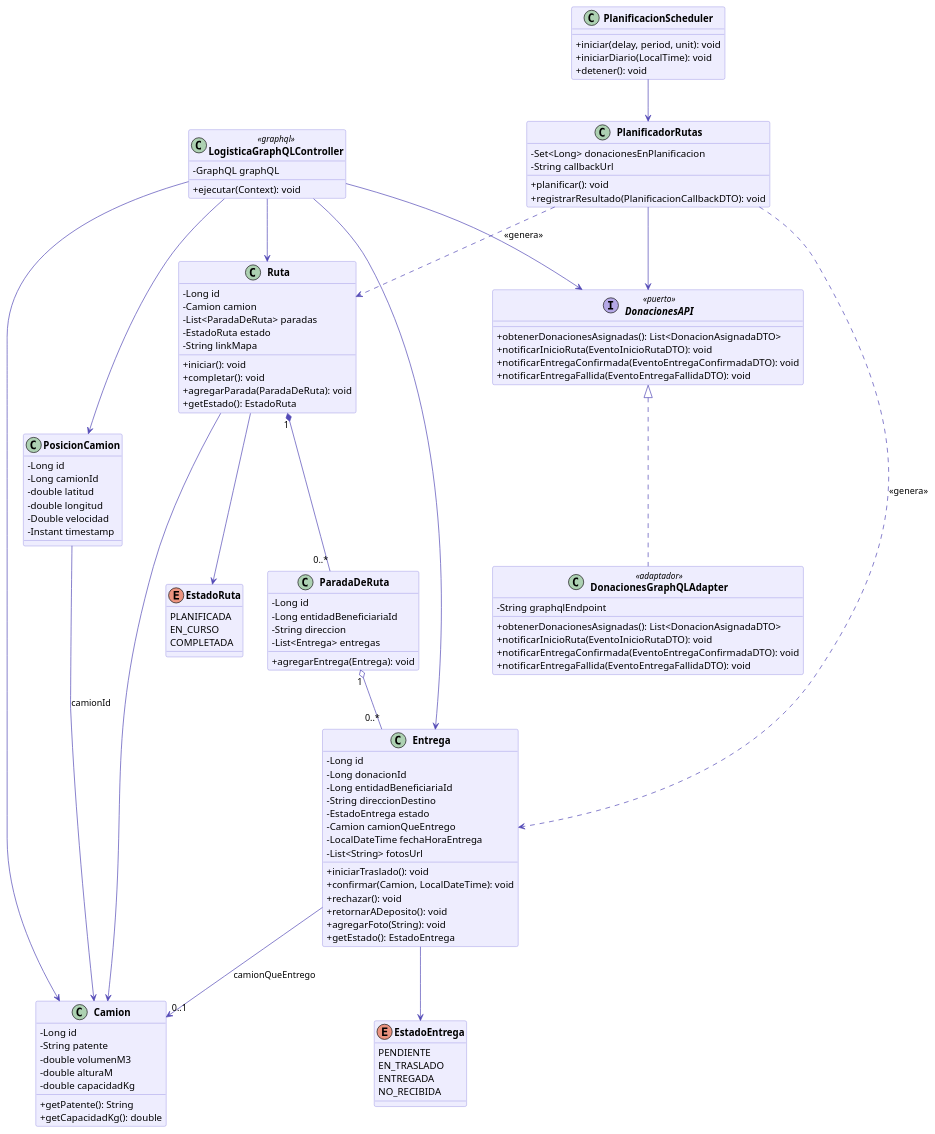
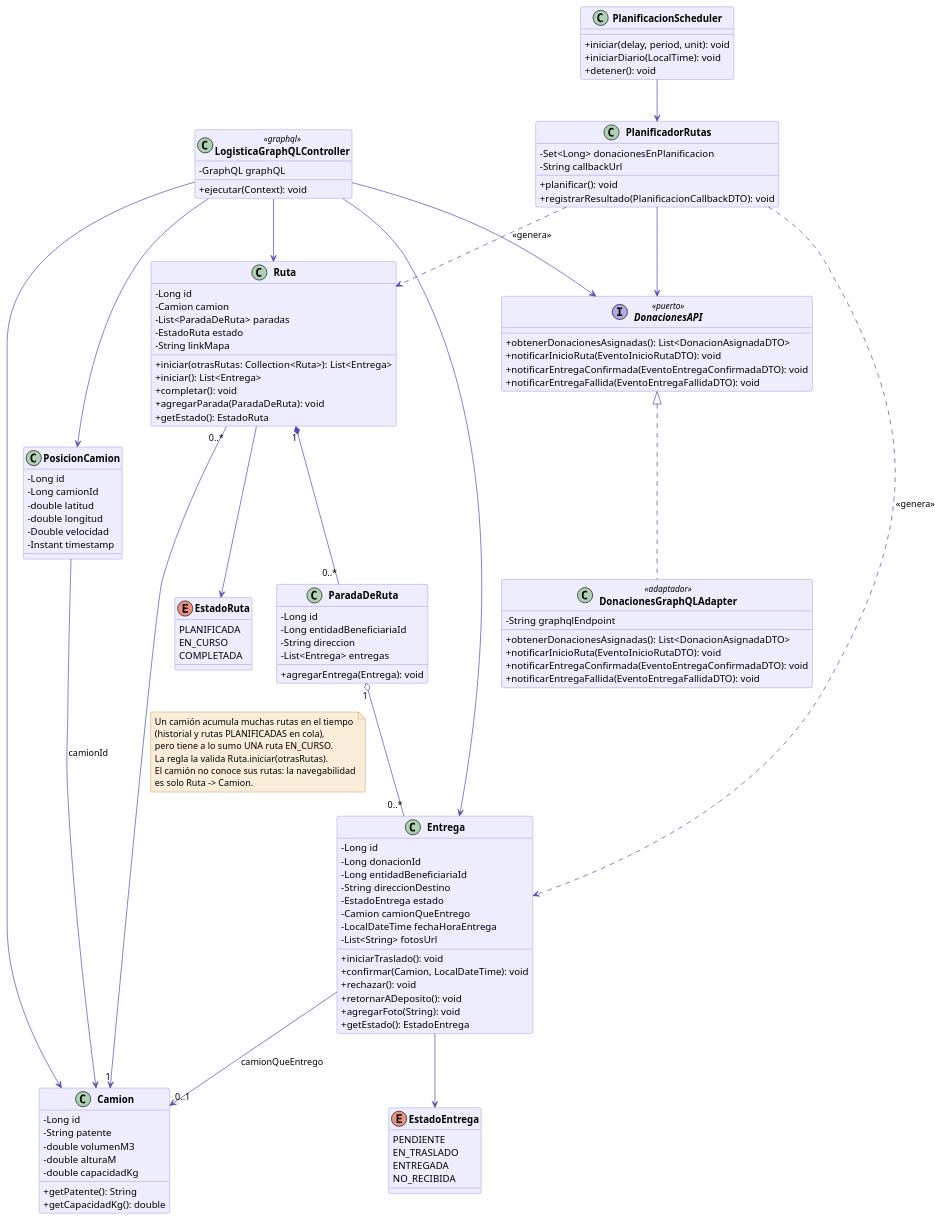
Before and after one commit to ConstanzaSerra/tpa-entrega-1: the diagram in docs/diagrama-clases-logistica.puml, drawn with PlantUML. The commit also changed 33 other files, not shown here.

```diff
--- a/docs/diagrama-clases-logistica.puml
+++ b/docs/diagrama-clases-logistica.puml
@@ -1,158 +1,167 @@
 @startuml DonaTrack - Diagrama de Clases - Logistica (Entrega 4)
 
 skinparam classAttributeIconSize 0
 skinparam classFontStyle bold
 skinparam classBackgroundColor #EEEDFE
 skinparam classBorderColor #7F77DD
 skinparam classArrowColor #534AB7
 skinparam stereotypeCBackgroundColor #E1F5EE
 skinparam stereotypeABackgroundColor #FAEEDA
 skinparam noteBackgroundColor #FAEEDA
 skinparam noteBorderColor #BA7517
 
 ' ─────────────────────────────────────────
 '  CAMIONES
 ' ─────────────────────────────────────────
 
 class Camion {
   - Long id
   - String patente
   - double volumenM3
   - double alturaM
   - double capacidadKg
   + getPatente(): String
   + getCapacidadKg(): double
 }
 
 class PosicionCamion {
   - Long id
   - Long camionId
   - double latitud
   - double longitud
   - Double velocidad
   - Instant timestamp
 }
 
 ' ─────────────────────────────────────────
 '  RUTAS
 ' ─────────────────────────────────────────
 
 class Ruta {
   - Long id
   - Camion camion
   - List<ParadaDeRuta> paradas
   - EstadoRuta estado
   - String linkMapa
-  + iniciar(): void
+  + iniciar(otrasRutas: Collection<Ruta>): List<Entrega>
+  + iniciar(): List<Entrega>
   + completar(): void
   + agregarParada(ParadaDeRuta): void
   + getEstado(): EstadoRuta
 }
 
 enum EstadoRuta {
   PLANIFICADA
   EN_CURSO
   COMPLETADA
 }
 
 class ParadaDeRuta {
   - Long id
   - Long entidadBeneficiariaId
   - String direccion
   - List<Entrega> entregas
   + agregarEntrega(Entrega): void
 }
 
 ' ─────────────────────────────────────────
 '  ENTREGAS
 ' ─────────────────────────────────────────
 
 class Entrega {
   - Long id
   - Long donacionId
   - Long entidadBeneficiariaId
   - String direccionDestino
   - EstadoEntrega estado
   - Camion camionQueEntrego
   - LocalDateTime fechaHoraEntrega
   - List<String> fotosUrl
   + iniciarTraslado(): void
   + confirmar(Camion, LocalDateTime): void
   + rechazar(): void
   + retornarADeposito(): void
   + agregarFoto(String): void
   + getEstado(): EstadoEntrega
 }
 
 enum EstadoEntrega {
   PENDIENTE
   EN_TRASLADO
   ENTREGADA
   NO_RECIBIDA
 }
 
 ' ─────────────────────────────────────────
 '  PLANIFICACION E INTEGRACION GRAPHQL (Entrega 4)
 ' ─────────────────────────────────────────
 
 interface DonacionesAPI <<puerto>> {
   + obtenerDonacionesAsignadas(): List<DonacionAsignadaDTO>
   + notificarInicioRuta(EventoInicioRutaDTO): void
   + notificarEntregaConfirmada(EventoEntregaConfirmadaDTO): void
   + notificarEntregaFallida(EventoEntregaFallidaDTO): void
 }
 
 class DonacionesGraphQLAdapter <<adaptador>> {
   - String graphqlEndpoint
   + obtenerDonacionesAsignadas(): List<DonacionAsignadaDTO>
   + notificarInicioRuta(EventoInicioRutaDTO): void
   + notificarEntregaConfirmada(EventoEntregaConfirmadaDTO): void
   + notificarEntregaFallida(EventoEntregaFallidaDTO): void
 }
 
 class LogisticaGraphQLController <<graphql>> {
   - GraphQL graphQL
   + ejecutar(Context): void
 }
 
 class PlanificadorRutas {
   - Set<Long> donacionesEnPlanificacion
   - String callbackUrl
   + planificar(): void
   + registrarResultado(PlanificacionCallbackDTO): void
 }
 
 class PlanificacionScheduler {
   + iniciar(delay, period, unit): void
   + iniciarDiario(LocalTime): void
   + detener(): void
 }
 
 ' ─────────────────────────────────────────
 '  RELACIONES
 ' ─────────────────────────────────────────
 
-Ruta --> Camion
+Ruta "0..*" --> "1" Camion
+note on link
+  Un camión acumula muchas rutas en el tiempo
+  (historial y rutas PLANIFICADAS en cola),
+  pero tiene a lo sumo UNA ruta EN_CURSO.
+  La regla la valida Ruta.iniciar(otrasRutas).
+  El camión no conoce sus rutas: la navegabilidad
+  es solo Ruta -> Camion.
+end note
 Ruta --> EstadoRuta
 Ruta "1" *-- "0..*" ParadaDeRuta
 
 ParadaDeRuta "1" o-- "0..*" Entrega
 
 Entrega --> EstadoEntrega
 Entrega --> "0..1" Camion : camionQueEntrego
 
 PosicionCamion --> Camion : camionId
 
 DonacionesAPI <|.. DonacionesGraphQLAdapter
 PlanificadorRutas --> DonacionesAPI
 LogisticaGraphQLController --> Camion
 LogisticaGraphQLController --> Entrega
 LogisticaGraphQLController --> Ruta
 LogisticaGraphQLController --> PosicionCamion
 LogisticaGraphQLController --> DonacionesAPI
 
 PlanificacionScheduler --> PlanificadorRutas
 PlanificadorRutas ..> Ruta : <<genera>>
 PlanificadorRutas ..> Entrega : <<genera>>
 
 @enduml
```
